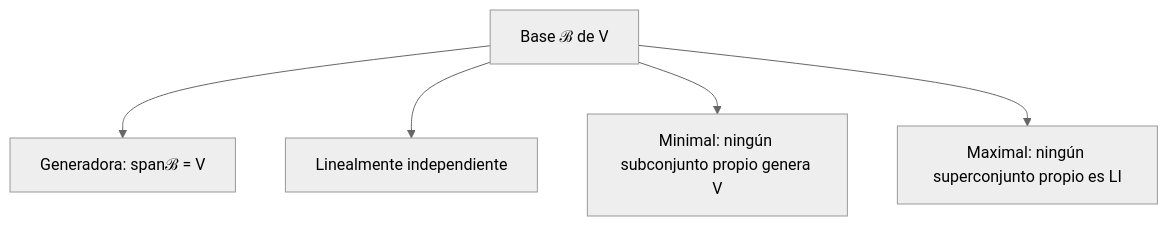
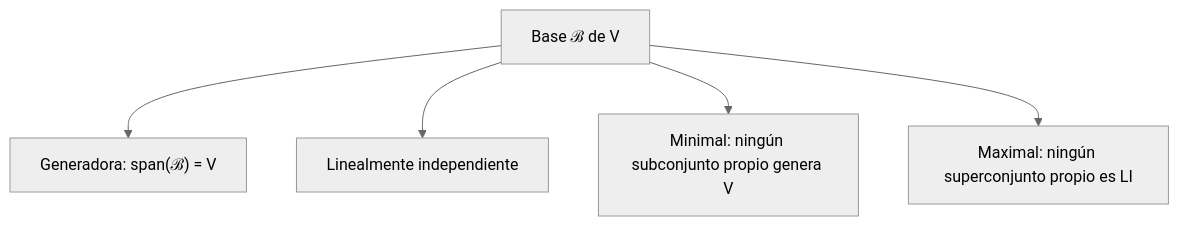
One commit to djaimej/computer-science-template changed the first of 4 diagrams in public/documents/semester-3/1/3115.md. Above: the diagram before and after it, drawn with Mermaid (neutral theme). The commit also changed other lines of this file and 34 other files, not shown here.

````diff
--- a/public/documents/semester-3/1/3115.md
+++ b/public/documents/semester-3/1/3115.md
@@ -30,10 +30,10 @@
 ```mermaid
 flowchart TD
-    A[Base ℬ de V] --> B[Generadora: spanℬ = V]
+    A[Base ℬ de V] --> B["Generadora: span(ℬ) = V"]
     A --> C[Linealmente independiente]
     A --> D[Minimal: ningún subconjunto propio genera V]
     A --> E[Maximal: ningún superconjunto propio es LI]
 
     B:::orange
     C:::inchworm
 ```
````
